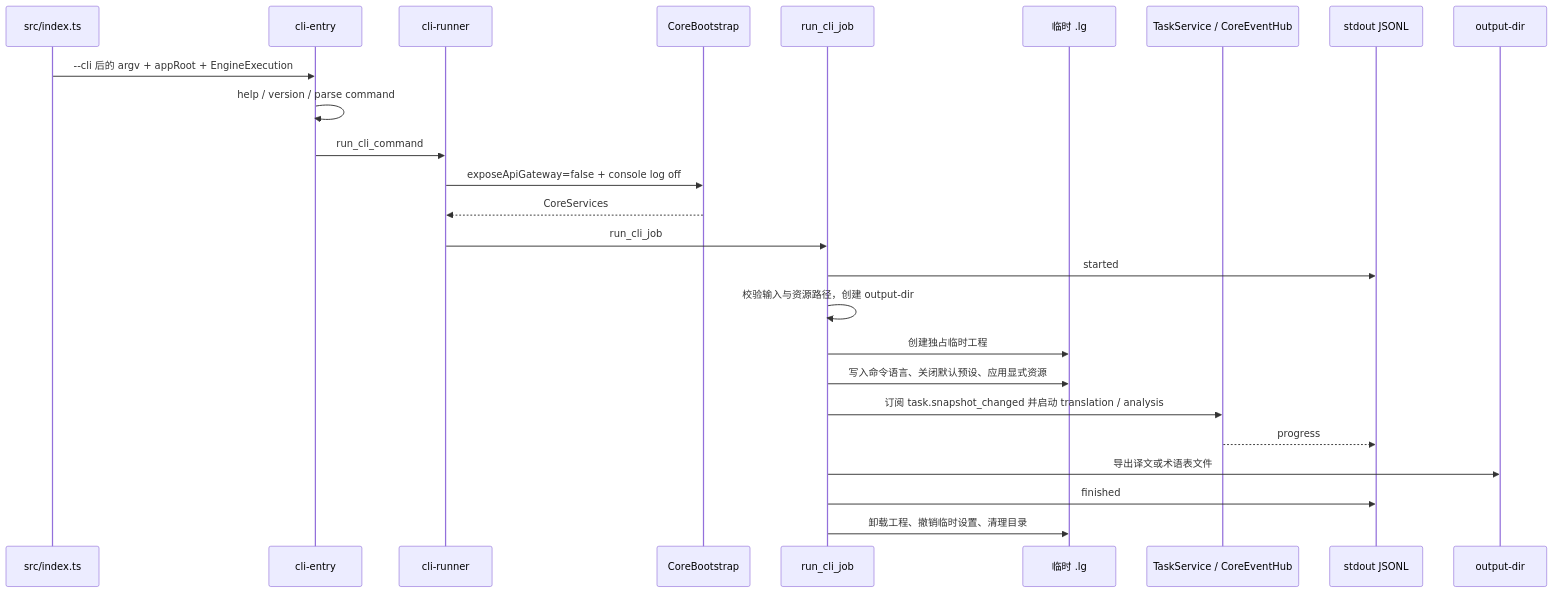
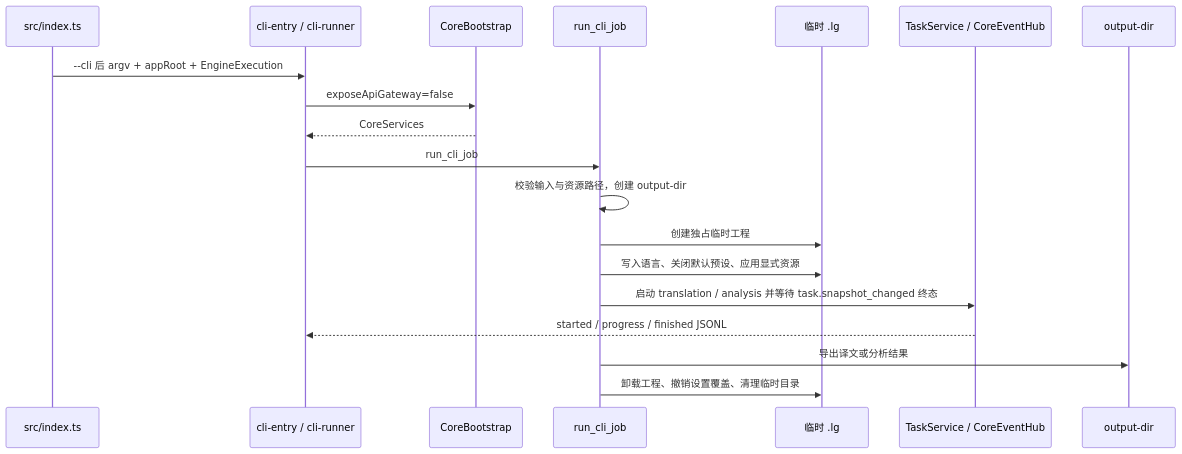
Before and after one commit to neavo/LinguaGacha: the diagram in docs/CLI.md, drawn with Mermaid. The commit also changed other lines of this file and 4 other files, not shown here.

````diff
--- a/docs/CLI.md
+++ b/docs/CLI.md
@@ -29,28 +29,22 @@
 ```mermaid
 sequenceDiagram
   participant Entry as src/index.ts
-  participant CLIEntry as cli-entry
-  participant Runner as cli-runner
-  participant Boot as CoreBootstrap
+  participant CLI as cli-entry / cli-runner
+  participant Core as CoreBootstrap
   participant Job as run_cli_job
   participant Temp as 临时 .lg
   participant Task as TaskService / CoreEventHub
-  participant Stdout as stdout JSONL
   participant Out as output-dir
 
-  Entry->>CLIEntry: --cli 后的 argv + appRoot + EngineExecution
-  CLIEntry->>CLIEntry: help / version / parse command
-  CLIEntry->>Runner: run_cli_command
-  Runner->>Boot: exposeApiGateway=false + console log off
-  Boot-->>Runner: CoreServices
-  Runner->>Job: run_cli_job
-  Job->>Stdout: started
+  Entry->>CLI: --cli 后 argv + appRoot + EngineExecution
+  CLI->>Core: exposeApiGateway=false
+  Core-->>CLI: CoreServices
+  CLI->>Job: run_cli_job
   Job->>Job: 校验输入与资源路径，创建 output-dir
   Job->>Temp: 创建独占临时工程
-  Job->>Temp: 写入命令语言、关闭默认预设、应用显式资源
-  Job->>Task: 订阅 task.snapshot_changed 并启动 translation / analysis
-  Task-->>Stdout: progress
-  Job->>Out: 导出译文或术语表文件
-  Job->>Stdout: finished
-  Job->>Temp: 卸载工程、撤销临时设置、清理目录
+  Job->>Temp: 写入语言、关闭默认预设、应用显式资源
+  Job->>Task: 启动 translation / analysis 并等待 task.snapshot_changed 终态
+  Task-->>CLI: started / progress / finished JSONL
+  Job->>Out: 导出译文或分析结果
+  Job->>Temp: 卸载工程、撤销设置覆盖、清理临时目录
 ```
````
